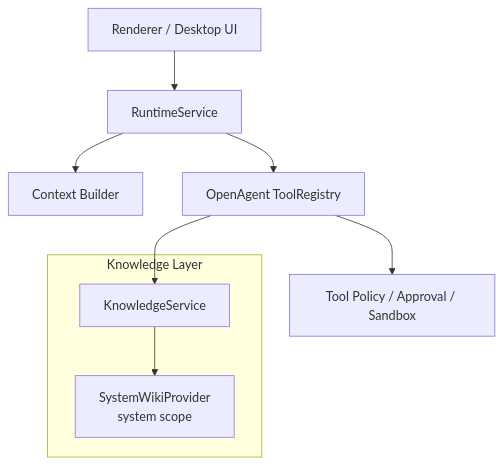
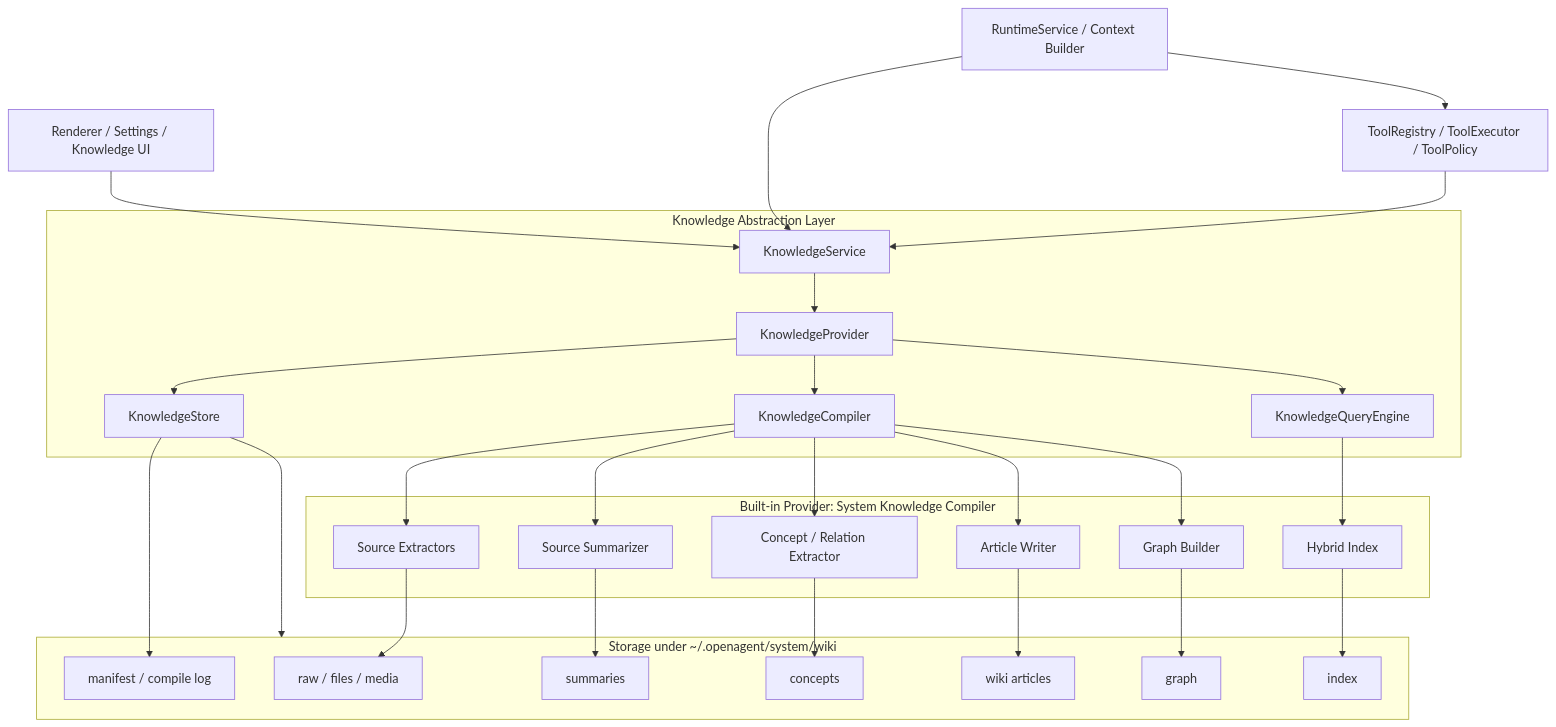
One commit to x19990416/OpenAgent changed the diagram in docs/knowledge.md. Above: the diagram before and after it, drawn with Mermaid. The commit also changed other lines of this file and 33 other files, not shown here.

First line of the commit message:
完善 OpenAgent 知识库编译与运行时集成

````diff
--- a/docs/knowledge.md
+++ b/docs/knowledge.md
@@ -49,20 +32,56 @@
 ```mermaid
 flowchart TB
-  UI["Renderer / Desktop UI"]
-  Runtime["RuntimeService"]
-  Context["Context Builder"]
-  ToolRegistry["OpenAgent ToolRegistry"]
-  Policy["Tool Policy / Approval / Sandbox"]
+  UI["Renderer / Settings / Knowledge UI"]
+  Runtime["RuntimeService / Context Builder"]
+  Tools["ToolRegistry / ToolExecutor / ToolPolicy"]
 
-  subgraph Knowledge["Knowledge Layer"]
+  subgraph Abstract["Knowledge Abstraction Layer"]
     Service["KnowledgeService"]
-    Wiki["SystemWikiProvider\nsystem scope"]
+    Provider["KnowledgeProvider"]
+    Store["KnowledgeStore"]
+    Compiler["KnowledgeCompiler"]
+    Query["KnowledgeQueryEngine"]
   end
 
-  UI --> Runtime
-  Runtime --> Context
-  Runtime --> ToolRegistry
-  ToolRegistry --> Policy
-  ToolRegistry --> Service
-  Service --> Wiki
+  subgraph Builtin["Built-in Provider: System Knowledge Compiler"]
+    Extractors["Source Extractors"]
+    Summarizer["Source Summarizer"]
+    Concepts["Concept / Relation Extractor"]
+    Articles["Article Writer"]
+    Graph["Graph Builder"]
+    Index["Hybrid Index"]
+  end
+
+  subgraph Storage["Storage under ~/.openagent/system/wiki"]
+    Raw["raw / files / media"]
+    Summaries["summaries"]
+    ConceptFiles["concepts"]
+    Wiki["wiki articles"]
+    IndexFiles["index"]
+    GraphFiles["graph"]
+    Manifest["manifest / compile log"]
+  end
+
+  UI --> Service
+  Runtime --> Service
+  Runtime --> Tools
+  Tools --> Service
+  Service --> Provider
+  Provider --> Store
+  Provider --> Compiler
+  Provider --> Query
+  Compiler --> Extractors
+  Compiler --> Summarizer
+  Compiler --> Concepts
+  Compiler --> Articles
+  Compiler --> Graph
+  Query --> Index
+  Store --> Storage
+  Extractors --> Raw
+  Summarizer --> Summaries
+  Concepts --> ConceptFiles
+  Articles --> Wiki
+  Graph --> GraphFiles
+  Index --> IndexFiles
+  Store --> Manifest
 ```
````
